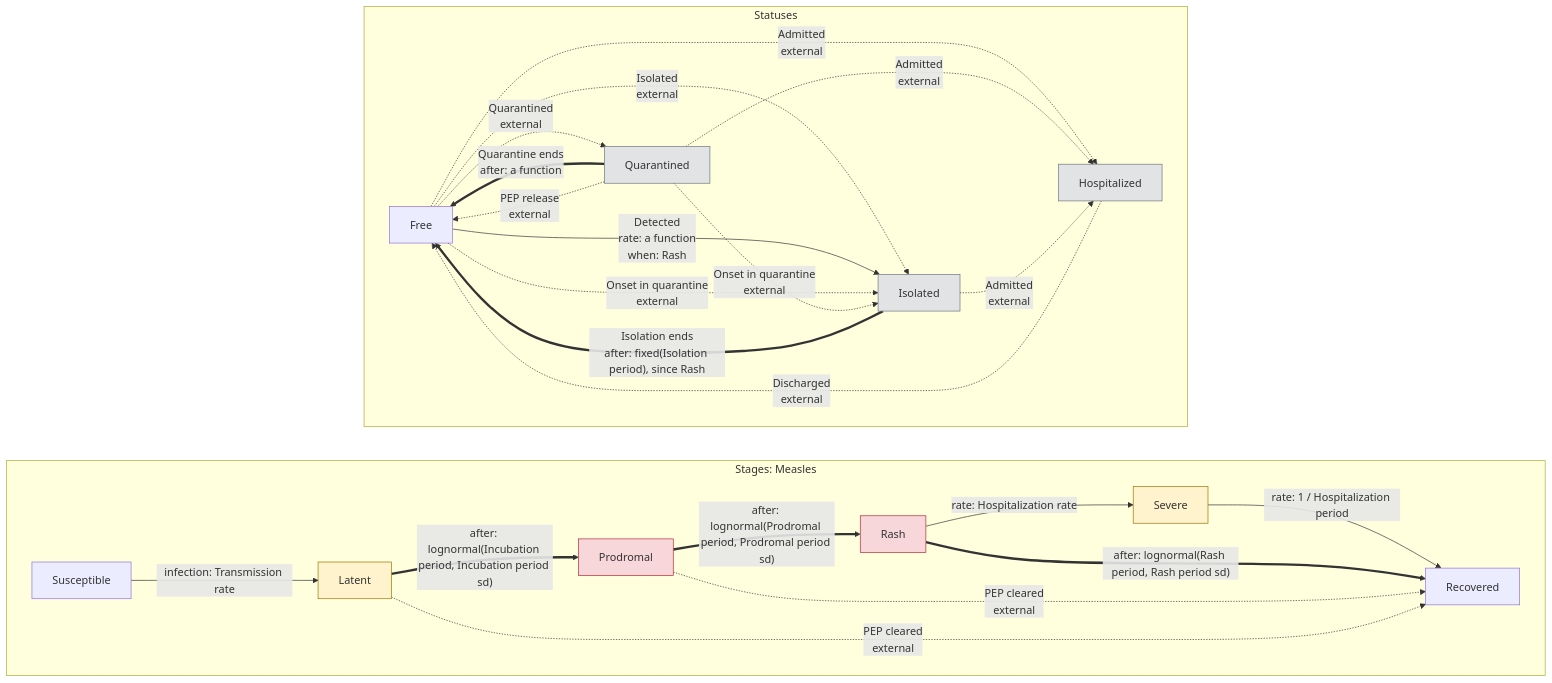
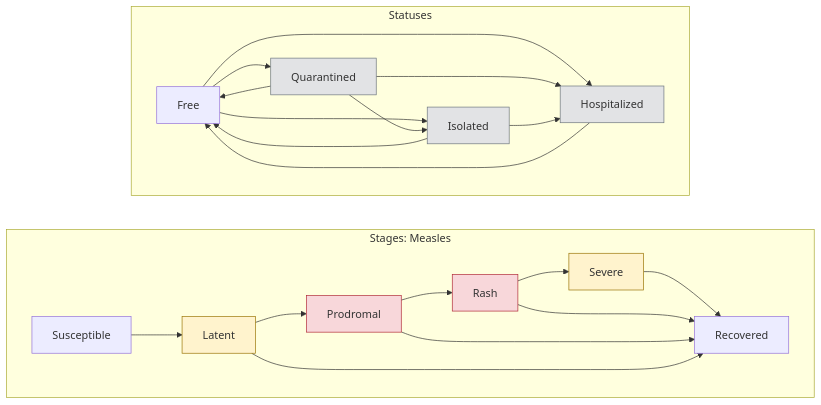
One commit to UofUEpiBio/epiworld changed the diagram in include/measles/measlesmixingriskquarantine.mmd. Above: the diagram before and after it, drawn with Mermaid. The commit also changed 28 other files, not shown here.

First line of the commit message:
Close the natural-history plan: quarantine exemption by tool name, plain diagrams, NH-5 next

```diff
--- a/include/measles/measlesmixingriskquarantine.mmd
+++ b/include/measles/measlesmixingriskquarantine.mmd
@@ -1,41 +1,38 @@
 %% Drawn from the model's declarations by `make diagrams`; do not edit.
 flowchart LR
     subgraph stages["Stages: Measles"]
         direction LR
         s0["Susceptible"]
         s1["Latent"]:::carrier
         s2["Prodromal"]:::infectious
         s3["Rash"]:::infectious
         s4["Severe"]:::carrier
         s5["Recovered"]
-        s0 -->|"infection: Transmission rate"| s1
-        s1 ==>|"after: lognormal(Incubation period, Incubation period sd)"| s2
-        s2 ==>|"after: lognormal(Prodromal period, Prodromal period sd)"| s3
-        s3 -->|"rate: Hospitalization rate"| s4
-        s3 ==>|"after: lognormal(Rash period, Rash period sd)"| s5
-        s4 -->|"rate: 1 / Hospitalization period"| s5
-        s1 -.->|"PEP cleared<br>external"| s5
-        s2 -.->|"PEP cleared<br>external"| s5
+        s0 --> s1
+        s1 --> s2
+        s2 --> s3
+        s3 --> s4
+        s3 --> s5
+        s4 --> s5
+        s1 --> s5
+        s2 --> s5
     end
     subgraph statuses["Statuses"]
         direction LR
         q0["Free"]
         q1["Quarantined"]:::away
         q2["Isolated"]:::away
         q3["Hospitalized"]:::away
-        q0 -.->|"Quarantined<br>external"| q1
-        q1 ==>|"Quarantine ends<br>after: a function"| q0
-        q0 -.->|"Isolated<br>external"| q2
-        q0 -->|"Detected<br>rate: a function<br>when: Rash"| q2
-        q0 -.->|"Onset in quarantine<br>external"| q2
-        q1 -.->|"Onset in quarantine<br>external"| q2
-        q2 ==>|"Isolation ends<br>after: fixed(Isolation period), since Rash"| q0
-        q0 -.->|"Admitted<br>external"| q3
-        q1 -.->|"Admitted<br>external"| q3
-        q2 -.->|"Admitted<br>external"| q3
-        q3 -.->|"Discharged<br>external"| q0
-        q1 -.->|"PEP release<br>external"| q0
+        q0 --> q1
+        q1 --> q0
+        q0 --> q2
+        q1 --> q2
+        q2 --> q0
+        q0 --> q3
+        q1 --> q3
+        q2 --> q3
+        q3 --> q0
     end
     classDef infectious fill:#f8d7da,stroke:#b02a37
     classDef carrier fill:#fff3cd,stroke:#997404
     classDef away fill:#e2e3e5,stroke:#6c757d
```
